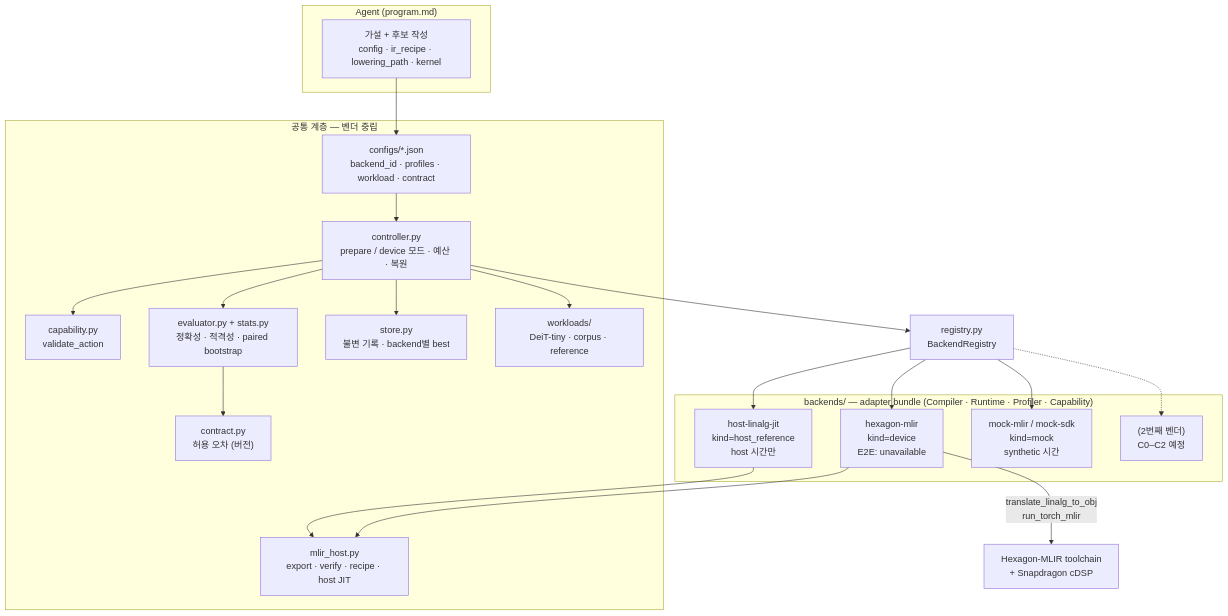
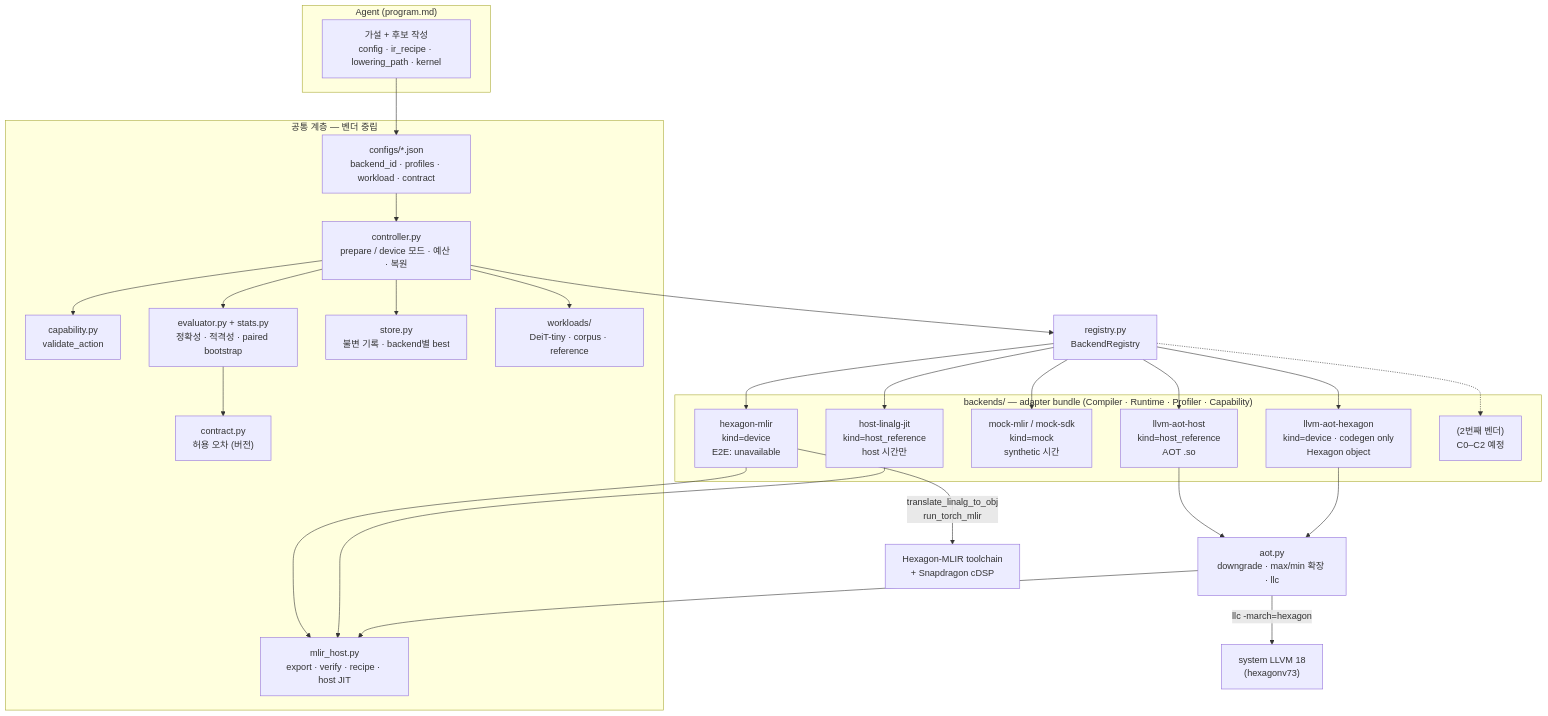
Before and after one commit to jimilee/demos: the first of 4 diagrams in nux/README.md, drawn with Mermaid. The commit also changed other lines of this file and 22 other files, not shown here.

````diff
--- a/nux/README.md
+++ b/nux/README.md
@@ -89,39 +96,45 @@
 ```mermaid
 flowchart TB
     subgraph AGENT["Agent (program.md)"]
         A1["가설 + 후보 작성<br/>config · ir_recipe · lowering_path · kernel"]
     end
 
     subgraph COMMON["공통 계층 — 벤더 중립"]
         CFG["configs/*.json<br/>backend_id · profiles · workload · contract"]
         CTL["controller.py<br/>prepare / device 모드 · 예산 · 복원"]
         CAP["capability.py<br/>validate_action"]
         EVA["evaluator.py + stats.py<br/>정확성 · 적격성 · paired bootstrap"]
         CON["contract.py<br/>허용 오차 (버전)"]
         STO["store.py<br/>불변 기록 · backend별 best"]
         WL["workloads/<br/>DeiT-tiny · corpus · reference"]
         MH["mlir_host.py<br/>export · verify · recipe · host JIT"]
     end
 
     REG["registry.py<br/>BackendRegistry"]
 
     subgraph BACKENDS["backends/ — adapter bundle (Compiler · Runtime · Profiler · Capability)"]
         HEX["hexagon-mlir<br/>kind=device<br/>E2E: unavailable"]
         HOST["host-linalg-jit<br/>kind=host_reference<br/>host 시간만"]
         MOCK["mock-mlir / mock-sdk<br/>kind=mock<br/>synthetic 시간"]
+        AOTH["llvm-aot-host<br/>kind=host_reference<br/>AOT .so"]
+        AOTX["llvm-aot-hexagon<br/>kind=device · codegen only<br/>Hexagon object"]
         NEXT["(2번째 벤더)<br/>C0–C2 예정"]
     end
 
     A1 --> CFG --> CTL
     CTL --> CAP
     CTL --> EVA
     EVA --> CON
     CTL --> STO
     CTL --> WL
     CTL --> REG
-    REG --> HEX & HOST & MOCK
+    REG --> HEX & HOST & MOCK & AOTH & AOTX
     REG -.-> NEXT
     HEX --> MH
     HOST --> MH
+    AOTH --> AOTM["aot.py<br/>downgrade · max/min 확장 · llc"]
+    AOTX --> AOTM
+    AOTM --> MH
+    AOTM -->|"llc -march=hexagon"| LLC["system LLVM 18<br/>(hexagonv73)"]
     HEX -->|"translate_linalg_to_obj<br/>run_torch_mlir"| SDK["Hexagon-MLIR toolchain<br/>+ Snapdragon cDSP"]
 ```
````
